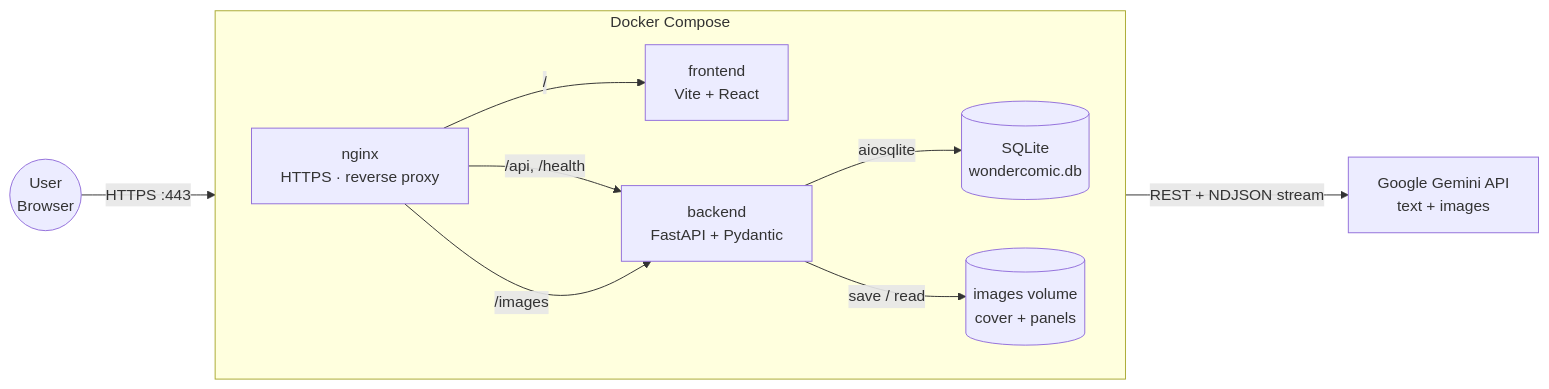
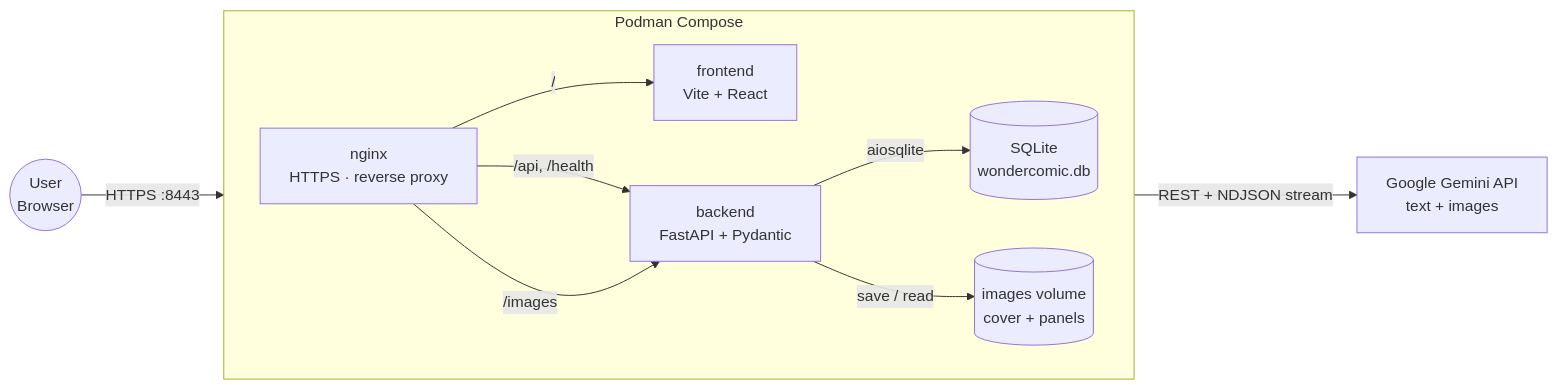
The first of 4 diagrams in documentation/architecture.md (Chloezhu010/42_ft_transcendence), drawn with Mermaid before and after one commit. The commit also changed other lines of this file and 15 other files, not shown here.

Commit message:
feat: migrate container stack from docker to podman

````diff
--- a/documentation/architecture.md
+++ b/documentation/architecture.md
@@ -7,22 +7,22 @@
 ```mermaid
 flowchart LR
     User(("User<br/>Browser"))
     Gemini["Google Gemini API<br/>text + images"]
 
-    subgraph Compose["Docker Compose"]
+    subgraph Compose["Podman Compose"]
         direction LR
         Nginx["nginx<br/>HTTPS · reverse proxy"]
         Vite["frontend<br/>Vite + React"]
         Fast["backend<br/>FastAPI + Pydantic"]
         DB[("SQLite<br/>wondercomic.db")]
         ImgVol[("images volume<br/>cover + panels")]
     end
 
-    User -- "HTTPS :443" --> Nginx
+    User -- "HTTPS :8443" --> Nginx
     Nginx -- "/" --> Vite
     Nginx -- "/api, /health" --> Fast
     Nginx -- "/images" --> Fast
     Fast -- "aiosqlite" --> DB
     Fast -- "save / read" --> ImgVol
     Fast -->|"REST + NDJSON stream"| Gemini
 ```
````
